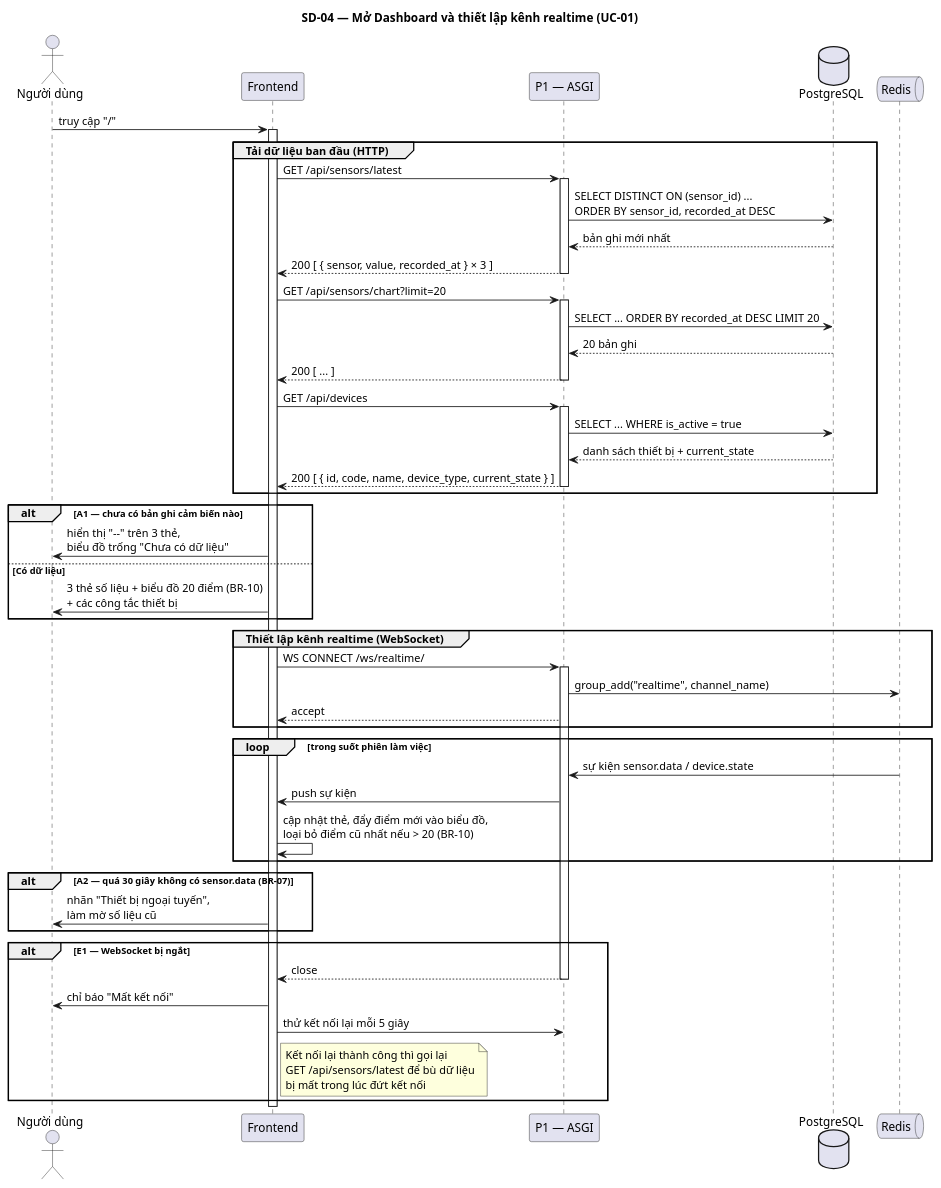
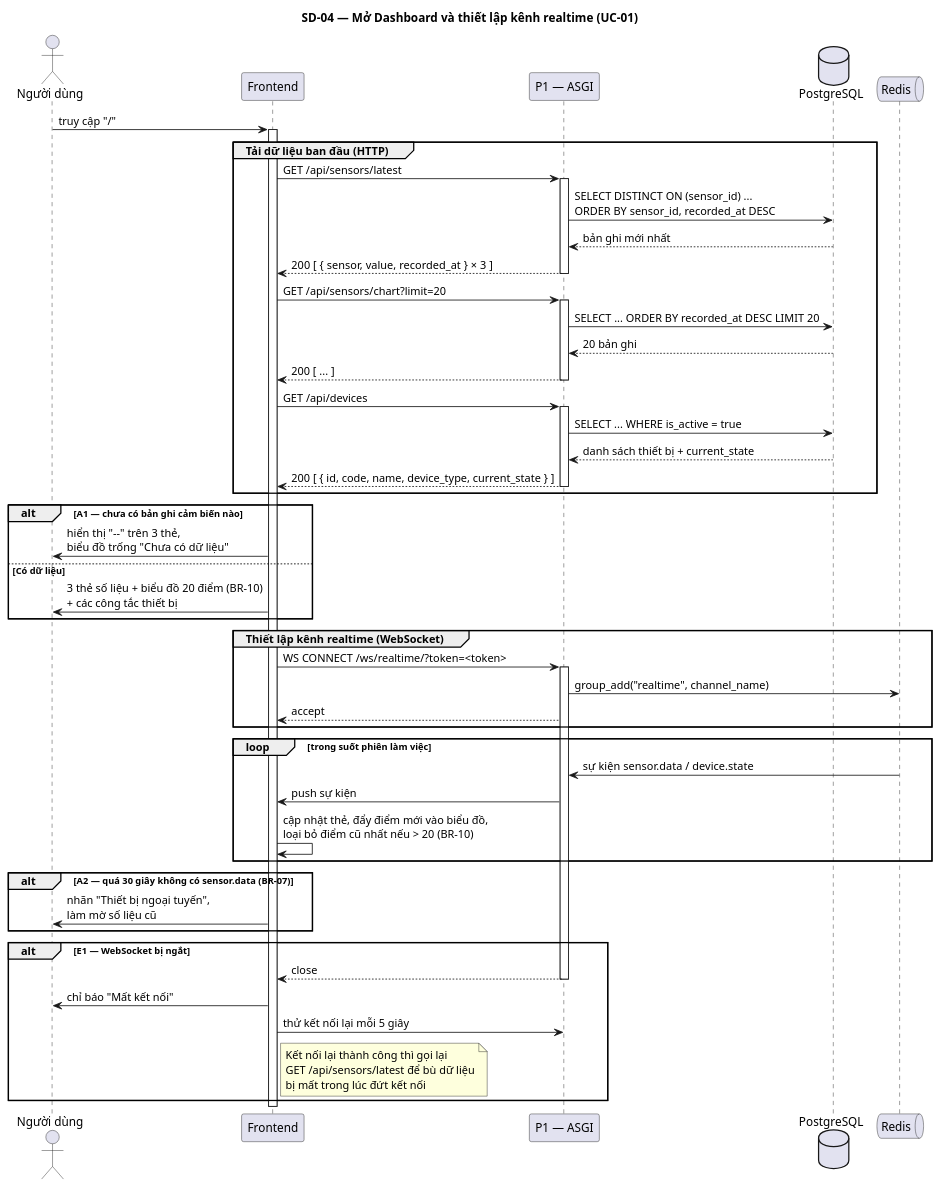
One commit to B23DCAT011/IOT changed the eighth of 13 diagrams in docs/03-Sequence.md. Above: the diagram before and after it, drawn with PlantUML. The commit also changed other lines of this file and 13 other files, not shown here.

````diff
--- a/docs/03-Sequence.md
+++ b/docs/03-Sequence.md
@@ -527,76 +526,76 @@
 ```plantuml
 @startuml SD04_MoDashboard
 title SD-04 — Mở Dashboard và thiết lập kênh realtime (UC-01)
 
 skinparam shadowing false
 
 actor "Người dùng" as User
 participant "Frontend" as FE
 participant "P1 — ASGI" as P1
 database "PostgreSQL" as DB
 queue "Redis" as RD
 
 User -> FE : truy cập "/"
 activate FE
 
 group Tải dữ liệu ban đầu (HTTP)
   FE -> P1 : GET /api/sensors/latest
   activate P1
   P1 -> DB : SELECT DISTINCT ON (sensor_id) ...\nORDER BY sensor_id, recorded_at DESC
   DB --> P1 : bản ghi mới nhất
   P1 --> FE : 200 [ { sensor, value, recorded_at } × 3 ]
   deactivate P1
 
   FE -> P1 : GET /api/sensors/chart?limit=20
   activate P1
   P1 -> DB : SELECT ... ORDER BY recorded_at DESC LIMIT 20
   DB --> P1 : 20 bản ghi
   P1 --> FE : 200 [ ... ]
   deactivate P1
 
   FE -> P1 : GET /api/devices
   activate P1
   P1 -> DB : SELECT ... WHERE is_active = true
   DB --> P1 : danh sách thiết bị + current_state
   P1 --> FE : 200 [ { id, code, name, device_type, current_state } ]
   deactivate P1
 end
 
 alt A1 — chưa có bản ghi cảm biến nào
   FE -> User : hiển thị "--" trên 3 thẻ,\nbiểu đồ trống "Chưa có dữ liệu"
 else Có dữ liệu
   FE -> User : 3 thẻ số liệu + biểu đồ 20 điểm (BR-10)\n+ các công tắc thiết bị
 end
 
 group Thiết lập kênh realtime (WebSocket)
-  FE -> P1 : WS CONNECT /ws/realtime/
+  FE -> P1 : WS CONNECT /ws/realtime/?token=<token>
   activate P1
   P1 -> RD : group_add("realtime", channel_name)
   P1 --> FE : accept
 end
 
 loop trong suốt phiên làm việc
   RD -> P1 : sự kiện sensor.data / device.state
   P1 -> FE : push sự kiện
   FE -> FE : cập nhật thẻ, đẩy điểm mới vào biểu đồ,\nloại bỏ điểm cũ nhất nếu > 20 (BR-10)
 end
 
 alt A2 — quá 30 giây không có sensor.data (BR-07)
   FE -> User : nhãn "Thiết bị ngoại tuyến",\nlàm mờ số liệu cũ
 end
 
 alt E1 — WebSocket bị ngắt
   P1 --> FE : close
   deactivate P1
   FE -> User : chỉ báo "Mất kết nối"
   FE -> P1 : thử kết nối lại mỗi 5 giây
   note right of FE
     Kết nối lại thành công thì gọi lại
     GET /api/sensors/latest để bù dữ liệu
     bị mất trong lúc đứt kết nối
   end note
 end
 
 deactivate FE
 @enduml
 ```
````
